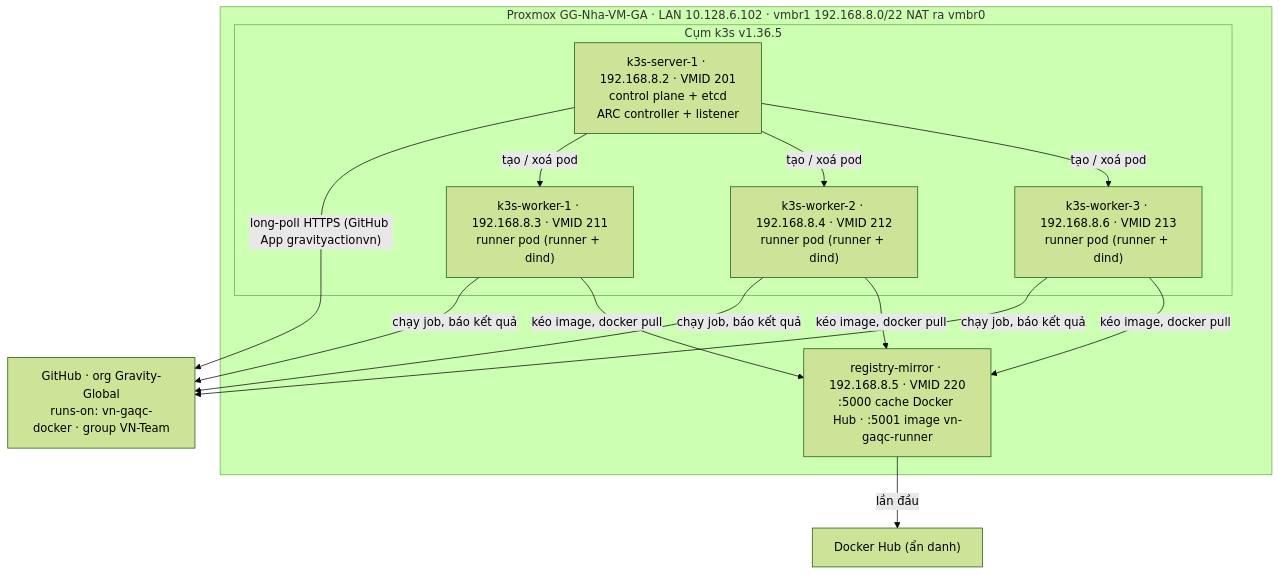
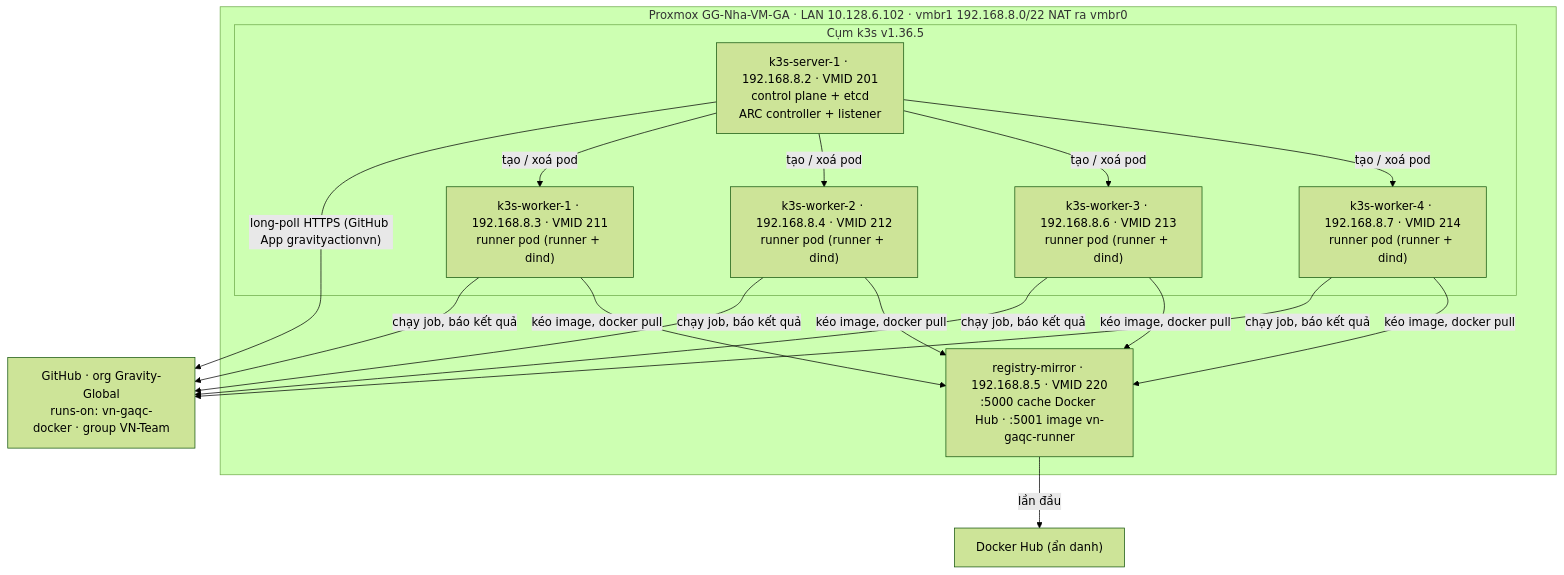
One commit to ynguyengravity/setup-github-runner changed the diagram in docs/proxmox-k3s-arc-guide.md. Above: the diagram before and after it, drawn with Mermaid (forest theme). The commit also changed other lines of this file, not shown here.

Commit message:
feat: Update Proxmox k3s ARC guide for additional worker node and cpuunits adjustments

````diff
--- a/docs/proxmox-k3s-arc-guide.md
+++ b/docs/proxmox-k3s-arc-guide.md
@@ -57,19 +57,20 @@
 ```mermaid
 flowchart TB
     GH["GitHub · org Gravity-Global<br/>runs-on: vn-gaqc-docker · group VN-Team"]
     DH["Docker Hub (ẩn danh)"]
     subgraph PVE["Proxmox GG-Nha-VM-GA · LAN 10.128.6.102 · vmbr1 192.168.8.0/22 NAT ra vmbr0"]
         subgraph K3S["Cụm k3s v1.36.5"]
             SRV["k3s-server-1 · 192.168.8.2 · VMID 201<br/>control plane + etcd<br/>ARC controller + listener"]
             W1["k3s-worker-1 · 192.168.8.3 · VMID 211<br/>runner pod (runner + dind)"]
             W2["k3s-worker-2 · 192.168.8.4 · VMID 212<br/>runner pod (runner + dind)"]
             W3["k3s-worker-3 · 192.168.8.6 · VMID 213<br/>runner pod (runner + dind)"]
+            W4["k3s-worker-4 · 192.168.8.7 · VMID 214<br/>runner pod (runner + dind)"]
         end
         MIR["registry-mirror · 192.168.8.5 · VMID 220<br/>:5000 cache Docker Hub · :5001 image vn-gaqc-runner"]
     end
     SRV -- "long-poll HTTPS (GitHub App gravityactionvn)" --> GH
-    SRV -- "tạo / xoá pod" --> W1 & W2 & W3
-    W1 & W2 & W3 -- "chạy job, báo kết quả" --> GH
-    W1 & W2 & W3 -- "kéo image, docker pull" --> MIR
+    SRV -- "tạo / xoá pod" --> W1 & W2 & W3 & W4
+    W1 & W2 & W3 & W4 -- "chạy job, báo kết quả" --> GH
+    W1 & W2 & W3 & W4 -- "kéo image, docker pull" --> MIR
     MIR -- "lần đầu" --> DH
 ```
````
